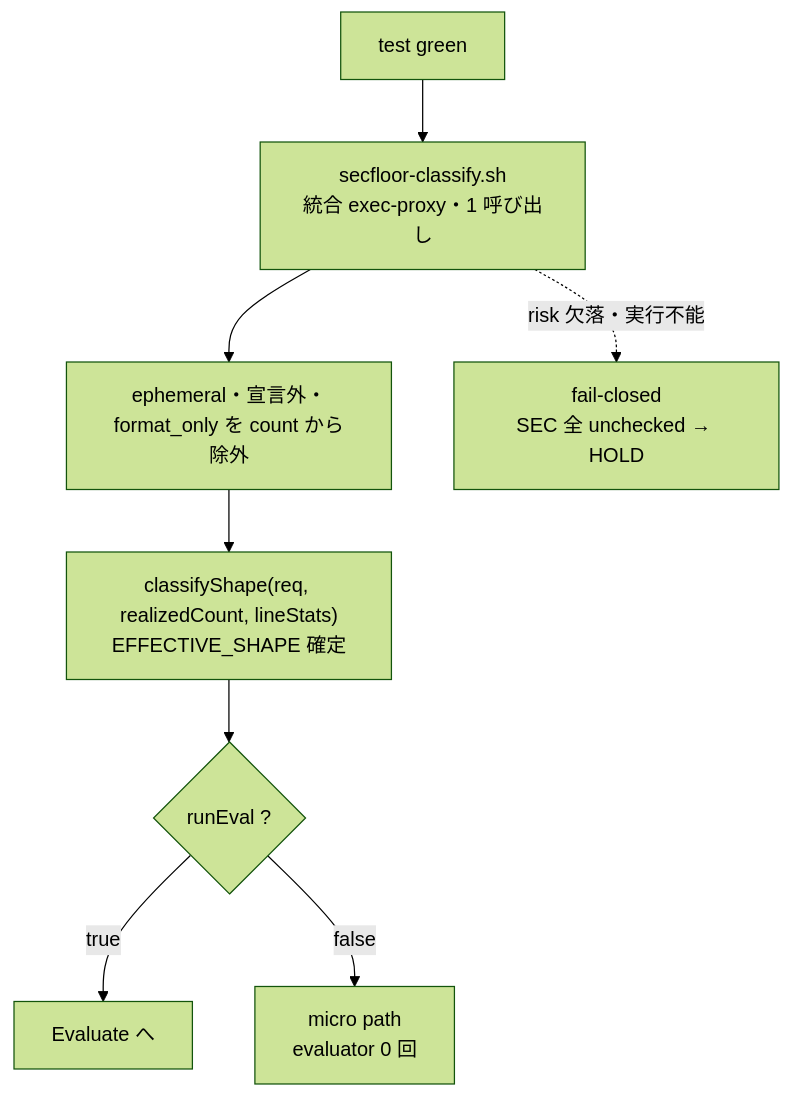
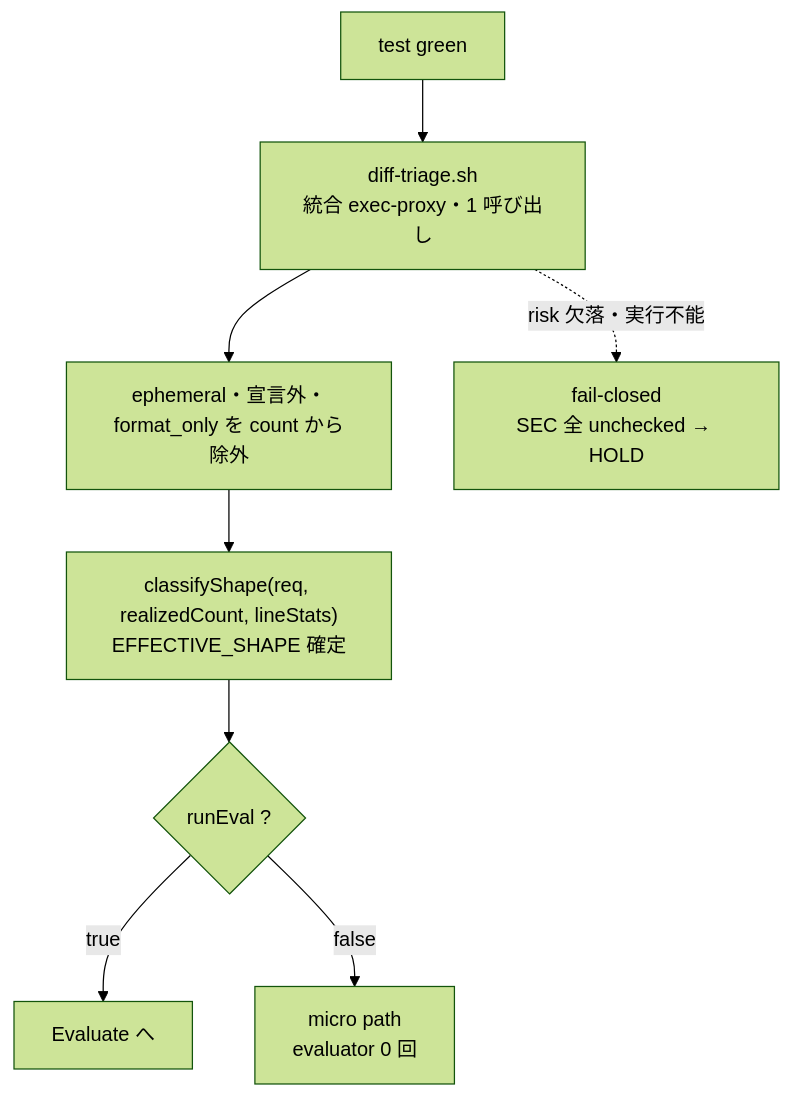
One commit to it-all-playpark/claude-plugins changed the sixth of 13 diagrams in docs/dev-flow-atlas.md. Above: the diagram before and after it, drawn with Mermaid (forest theme). The commit also changed other lines of this file and 67 other files, not shown here.

First line of the commit message:
refactor(dev-flow): Security floor を Diff triage に改名し、secfloor の識別子を diff-triage に揃える (#1120) (#1129)

````diff
--- a/docs/dev-flow-atlas.md
+++ b/docs/dev-flow-atlas.md
@@ -169,11 +169,11 @@
 ```mermaid
 flowchart TD
-    IN["test green"] --> C1["secfloor-classify.sh<br/>統合 exec-proxy・1 呼び出し"]
+    IN["test green"] --> C1["diff-triage.sh<br/>統合 exec-proxy・1 呼び出し"]
     C1 --> C2["ephemeral・宣言外・format_only を count から除外"]
     C2 --> C3["classifyShape(req, realizedCount, lineStats)<br/>EFFECTIVE_SHAPE 確定"]
     C3 --> C5{"runEval ?"}
     C5 -->|true| OUT["Evaluate へ"]
     C5 -->|false| SKIP["micro path<br/>evaluator 0 回"]
 
     C1 -.->|"risk 欠落・実行不能"| FC["fail-closed<br/>SEC 全 unchecked → HOLD"]
 ```
````
